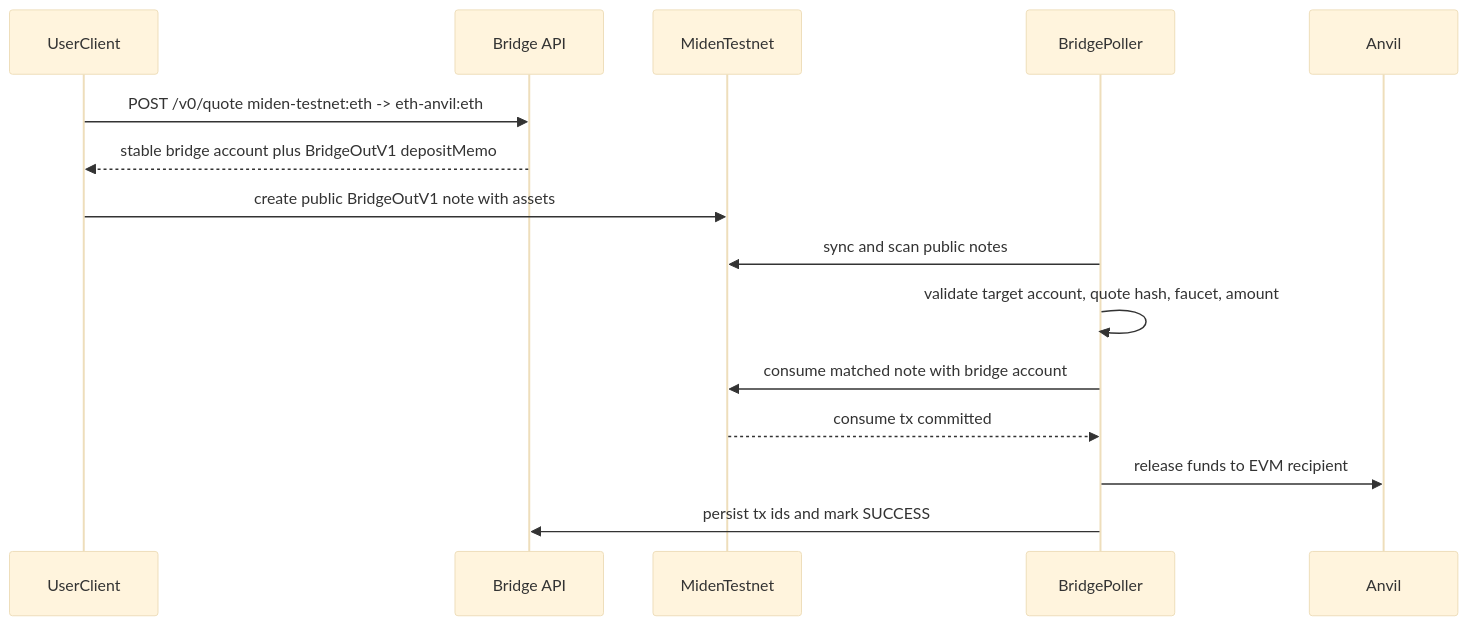
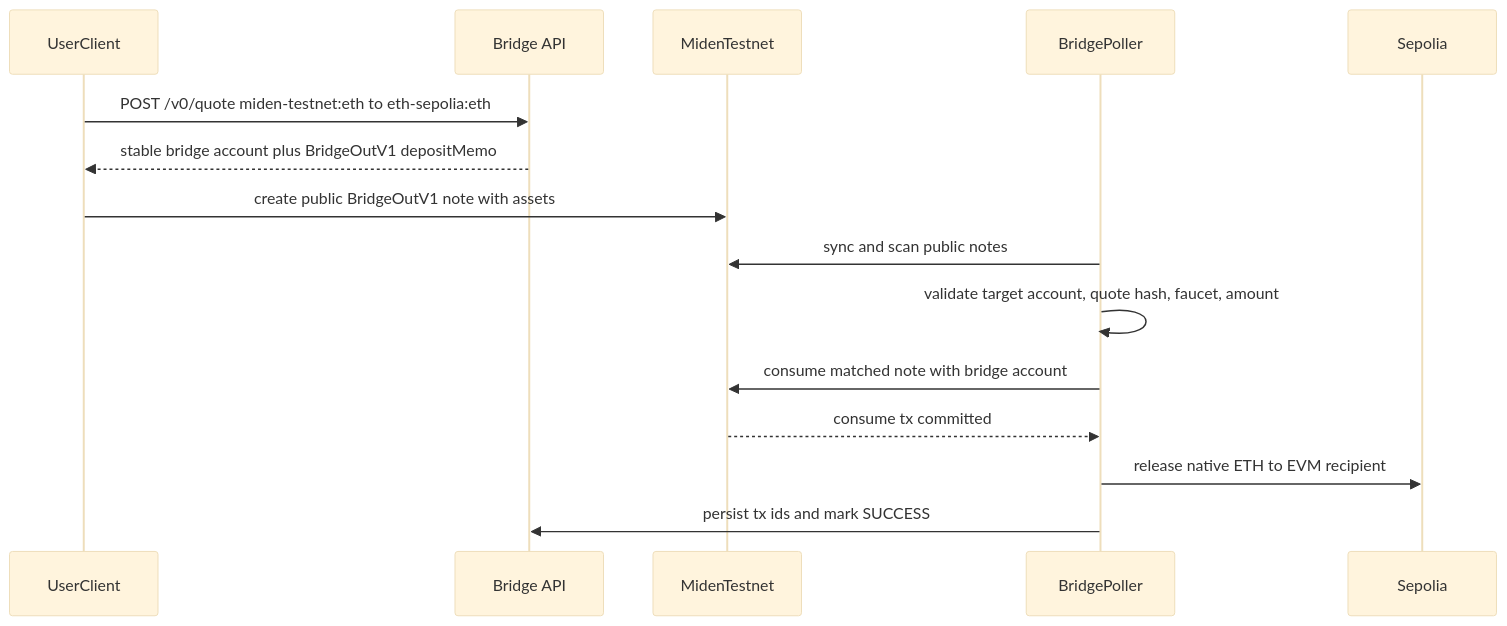
One commit to BrianSeong99/miden-testnet-bridge changed the third of 3 diagrams in README.md. Above: the diagram before and after it, drawn with Mermaid (base theme). The commit also changed other lines of this file and 11 other files, not shown here.

````diff
--- a/README.md
+++ b/README.md
@@ -343,18 +291,18 @@
 ```mermaid
 sequenceDiagram
     participant UserClient
     participant BridgeAPI as Bridge API
     participant MidenTestnet
     participant BridgePoller
-    participant Anvil
+    participant Sepolia
 
-    UserClient->>BridgeAPI: POST /v0/quote miden-testnet:eth -> eth-anvil:eth
+    UserClient->>BridgeAPI: POST /v0/quote miden-testnet:eth to eth-sepolia:eth
     BridgeAPI-->>UserClient: stable bridge account plus BridgeOutV1 depositMemo
     UserClient->>MidenTestnet: create public BridgeOutV1 note with assets
     BridgePoller->>MidenTestnet: sync and scan public notes
     BridgePoller->>BridgePoller: validate target account, quote hash, faucet, amount
     BridgePoller->>MidenTestnet: consume matched note with bridge account
     MidenTestnet-->>BridgePoller: consume tx committed
-    BridgePoller->>Anvil: release funds to EVM recipient
+    BridgePoller->>Sepolia: release native ETH to EVM recipient
     BridgePoller->>BridgeAPI: persist tx ids and mark SUCCESS
 ```
````
